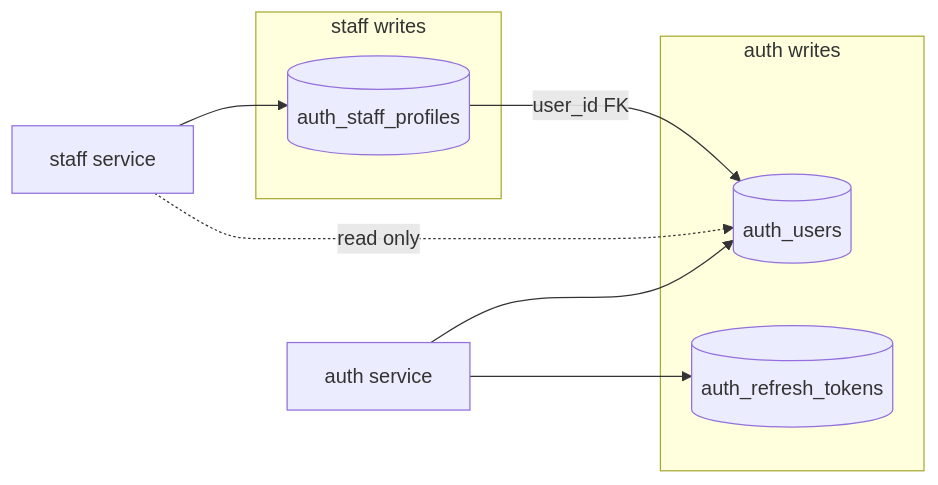
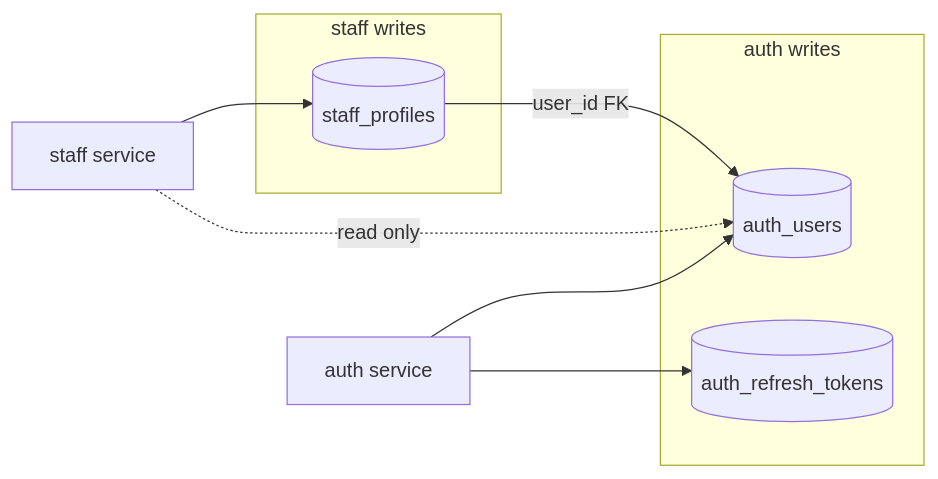
The first of 2 diagrams in backend/service/staff/docs/database-erd.md (santanapol/ai-agent-template), drawn with Mermaid before and after one commit. The commit also changed other lines of this file and 303 other files, not shown here.

````diff
--- a/backend/service/staff/docs/database-erd.md
+++ b/backend/service/staff/docs/database-erd.md
@@ -19,15 +19,15 @@
 ```mermaid
 flowchart LR
   subgraph staff_writes [staff writes]
-    P[(auth_staff_profiles)]
+    P[(staff_profiles)]
   end
   subgraph auth_writes [auth writes]
     U[(auth_users)]
     R[(auth_refresh_tokens)]
   end
   P -->|user_id FK| U
   staff_svc[staff service] --> P
   staff_svc -.->|read only| U
   auth_svc[auth service] --> U
   auth_svc --> R
 ```
````
